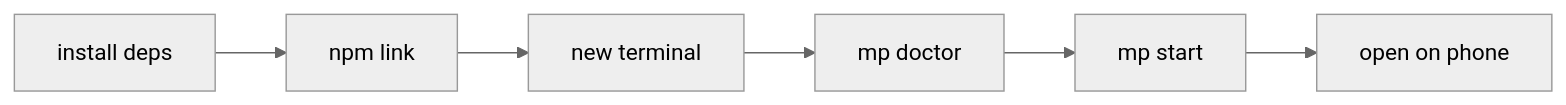
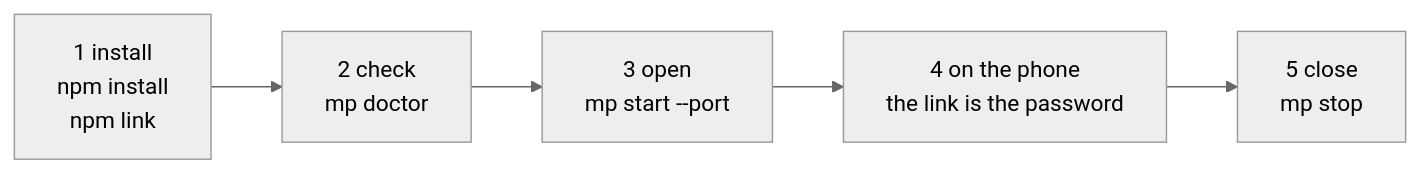
One commit to 2440893398/mobile-preview changed the diagram in docs/guide/en/quickstart.md. Above: the diagram before and after it, drawn with Mermaid (neutral theme). The commit also changed other lines of this file and 11 other files, not shown here.

First line of the commit message:
docs: 介绍页与操作页改写成图多字少，写给还没装的人

````diff
--- a/docs/guide/en/quickstart.md
+++ b/docs/guide/en/quickstart.md
@@ -26,4 +24,4 @@
 ```mermaid
 flowchart LR
-  A[install deps] --> B[npm link] --> C[new terminal] --> D[mp doctor] --> E[mp start] --> F[open on phone]
+  A["1 install<br/>npm install<br/>npm link"] --> B["2 check<br/>mp doctor"] --> C["3 open<br/>mp start --port"] --> D["4 on the phone<br/>the link is the password"] --> E["5 close<br/>mp stop"]
 ```
````
